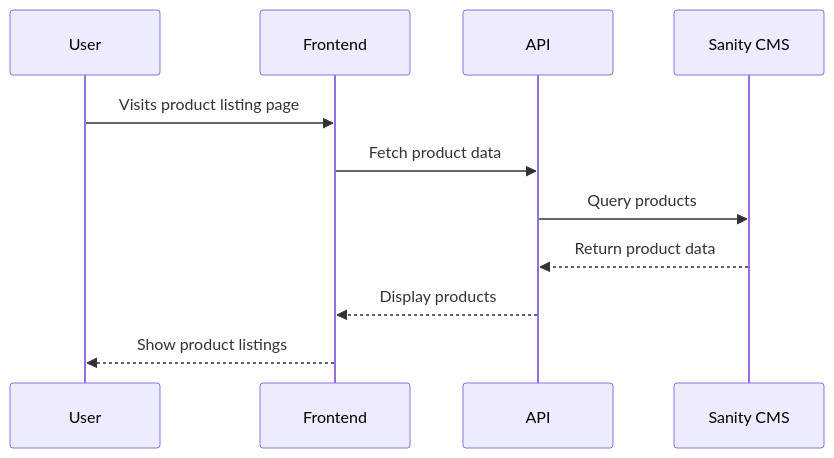
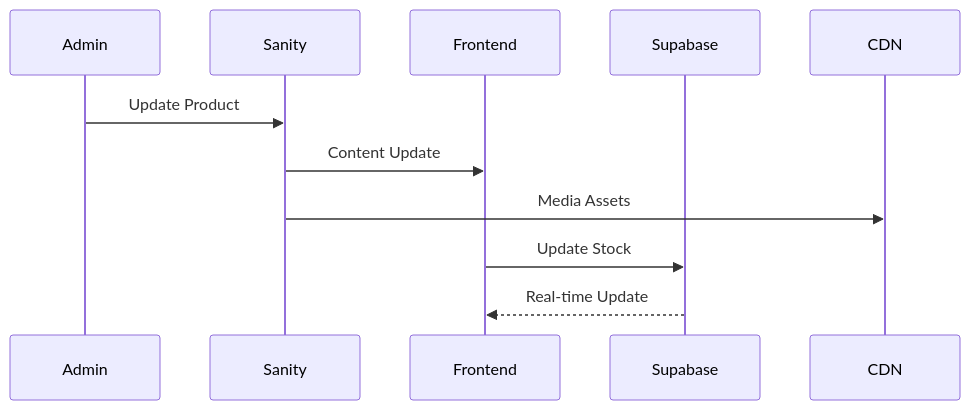
Before and after one commit to Zain-Ul-Abideen00/premium-lifestyle-footwear-marketplace: the third of 4 diagrams in Day2/Detailed Documentation/02-System_Architecture.md, drawn with Mermaid. The commit also changed other lines of this file and 21 other files, not shown here.

````diff
--- a/Day2/Detailed Documentation/02-System_Architecture.md
+++ b/Day2/Detailed Documentation/02-System_Architecture.md
@@ -85,14 +151,14 @@
-   ```mermaid
-   sequenceDiagram
-       participant U as User
-       participant F as Frontend
-       participant A as API
-       participant S as Sanity CMS
+```mermaid
+sequenceDiagram
+    participant Admin
+    participant Sanity
+    participant Frontend
+    participant Supabase
+    participant CDN
 
-       U->>F: Visits product listing page
-       F->>A: Fetch product data
-       A->>S: Query products
-       S-->>A: Return product data
-       A-->>F: Display products
-       F-->>U: Show product listings
-   ```
+    Admin->>Sanity: Update Product
+    Sanity->>Frontend: Content Update
+    Sanity->>CDN: Media Assets
+    Frontend->>Supabase: Update Stock
+    Supabase-->>Frontend: Real-time Update
+```
````
